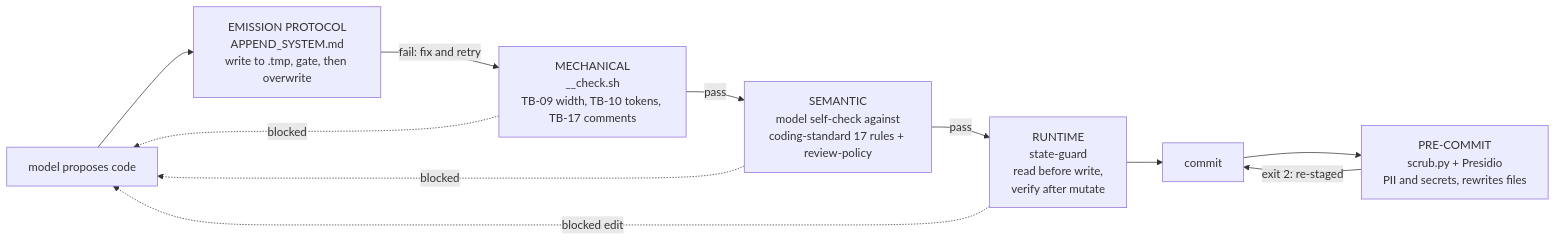
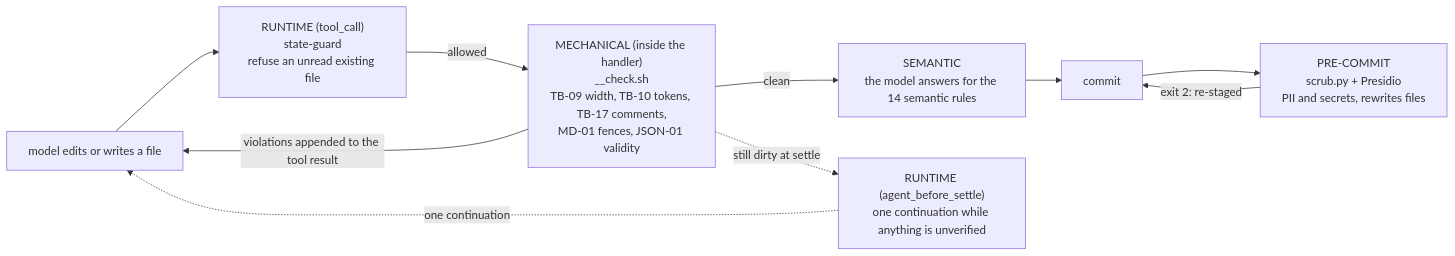
The second of 4 diagrams in agent/harness-map.md (sub0xdai/n0x-pi), drawn with Mermaid before and after one commit. The commit also changed other lines of this file and 8 other files, not shown here.

````diff
--- a/agent/harness-map.md
+++ b/agent/harness-map.md
@@ -73,21 +73,20 @@
 ```mermaid
 flowchart LR
-    M["model proposes code"]
-    EP["EMISSION PROTOCOL<br/>APPEND_SYSTEM.md<br/>write to .tmp, gate, then overwrite"]
-    MC["MECHANICAL<br/>__check.sh<br/>TB-09 width, TB-10 tokens, TB-17 comments"]
-    SEM["SEMANTIC<br/>model self-check against<br/>coding-standard 17 rules + review-policy"]
-    RT["RUNTIME<br/>state-guard<br/>read before write,<br/>verify after mutate"]
+    M["model edits or writes a file"]
+    RT["RUNTIME (tool_call)<br/>state-guard<br/>refuse an unread existing file"]
+    MC["MECHANICAL (inside the handler)<br/>__check.sh<br/>TB-09 width, TB-10 tokens, TB-17 comments,<br/>MD-01 fences, JSON-01 validity"]
+    NUDGE["RUNTIME (agent_before_settle)<br/>one continuation while anything is unverified"]
+    SEM["SEMANTIC<br/>the model answers for the 14 semantic rules"]
     PC["PRE-COMMIT<br/>scrub.py + Presidio<br/>PII and secrets, rewrites files"]
     C["commit"]
 
-    M --> EP
-    EP -->|"fail: fix and retry"| MC
-    MC -->|"pass"| SEM
-    SEM -->|"pass"| RT
-    RT --> C
+    M --> RT
+    RT -->|"allowed"| MC
+    MC -->|"violations appended to the tool result"| M
+    MC -->|"clean"| SEM
+    SEM --> C
     C --> PC
     PC -->|"exit 2: re-staged"| C
-    MC -.->|"blocked"| M
-    SEM -.->|"blocked"| M
-    RT -.->|"blocked edit"| M
+    MC -.->|"still dirty at settle"| NUDGE
+    NUDGE -.->|"one continuation"| M
 ```
````
